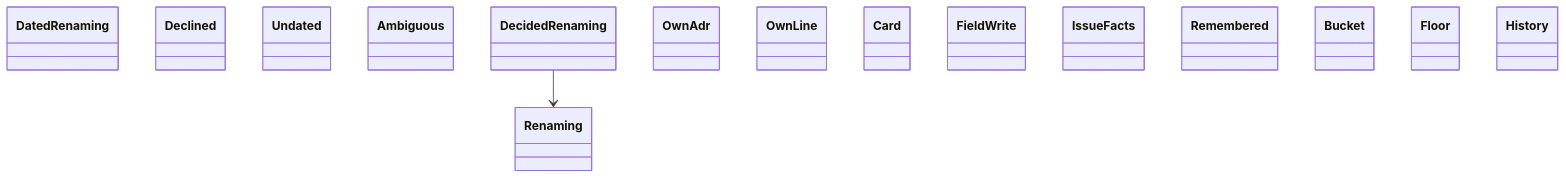
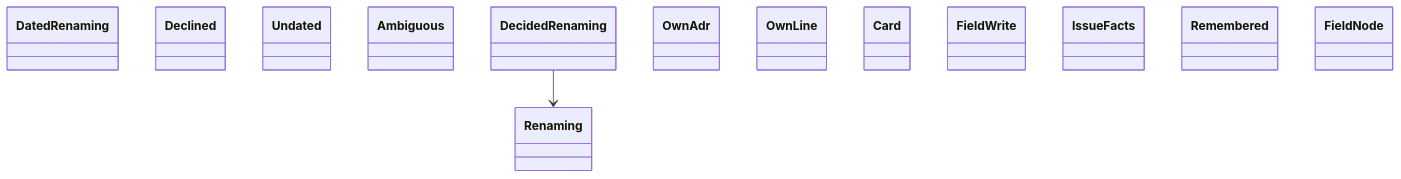
The diagram in docs/architecture/generated/classes-process-domain-landing-1.md (GonzaloZevallos/agentic-system), drawn with Mermaid before and after one commit. The commit also changed other lines of this file and 58 other files, not shown here.

Commit message:
Docs: regenerate the architecture pages for the board_schema module

````diff
--- a/docs/architecture/generated/classes-process-domain-landing-1.md
+++ b/docs/architecture/generated/classes-process-domain-landing-1.md
@@ -34,19 +35,17 @@
 ```mermaid
 classDiagram
     class adr_dated__DatedRenaming["DatedRenaming"]
     class adr_dated__Declined["Declined"]
     class adr_dated__Undated["Undated"]
     class adr_numbers__Ambiguous["Ambiguous"]
     class adr_numbers__DecidedRenaming["DecidedRenaming"]
     class adr_numbers__OwnAdr["OwnAdr"]
     class adr_numbers__OwnLine["OwnLine"]
     class adr_numbers__Renaming["Renaming"]
     class board__Card["Card"]
     class board__FieldWrite["FieldWrite"]
     class board__IssueFacts["IssueFacts"]
     class board__Remembered["Remembered"]
-    class cost_history__Bucket["Bucket"]
-    class cost_history__Floor["Floor"]
-    class cost_history__History["History"]
+    class board_schema__FieldNode["FieldNode"]
     adr_numbers__DecidedRenaming --> adr_numbers__Renaming
 ```
````
